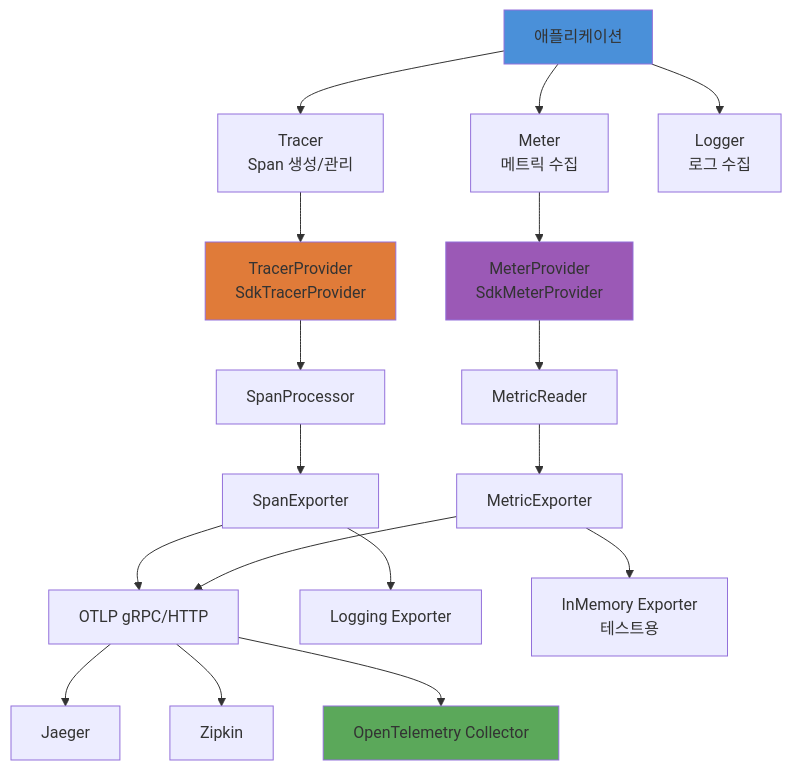
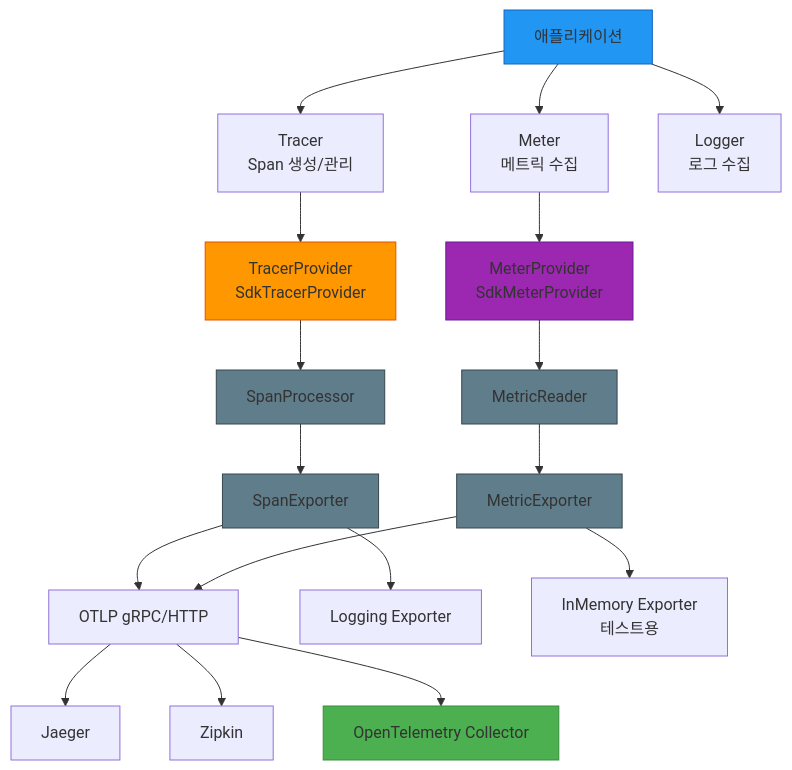
One commit to bluetape4k/bluetape4k-projects changed the second of 4 diagrams in infra/opentelemetry/README.md. Above: the diagram before and after it, drawn with Mermaid. The commit also changed other lines of this file and 28 other files, not shown here.

First line of the commit message:
docs: 전체 모듈 README 색상 Mermaid UML 다이어그램 추가 완료

````diff
--- a/infra/opentelemetry/README.md
+++ b/infra/opentelemetry/README.md
@@ -253,29 +320,33 @@
 ```mermaid
 flowchart TD
     App[애플리케이션] --> Tracer[Tracer<br/>Span 생성/관리]
     App --> Meter[Meter<br/>메트릭 수집]
     App --> Logger[Logger<br/>로그 수집]
 
     Tracer --> TP[TracerProvider<br/>SdkTracerProvider]
     Meter --> MP[MeterProvider<br/>SdkMeterProvider]
 
     TP --> SP[SpanProcessor]
     SP --> SE[SpanExporter]
 
     MP --> MR[MetricReader]
     MR --> ME[MetricExporter]
 
     SE --> OTLP[OTLP gRPC/HTTP]
     SE --> LogExp[Logging Exporter]
     ME --> OTLP
     ME --> InMem[InMemory Exporter<br/>테스트용]
 
     OTLP --> Jaeger[Jaeger]
     OTLP --> Zipkin[Zipkin]
     OTLP --> OtelCol[OpenTelemetry Collector]
 
-    style App fill:#4a90d9
-    style TP fill:#e07b39
-    style MP fill:#9b59b6
-    style OtelCol fill:#5ba85a
+    style App fill:#2196F3,stroke:#1565C0
+    style TP fill:#FF9800,stroke:#E65100
+    style MP fill:#9C27B0,stroke:#6A1B9A
+    style OtelCol fill:#4CAF50,stroke:#388E3C
+    style SP fill:#607D8B,stroke:#37474F
+    style SE fill:#607D8B,stroke:#37474F
+    style MR fill:#607D8B,stroke:#37474F
+    style ME fill:#607D8B,stroke:#37474F
 ```
````
